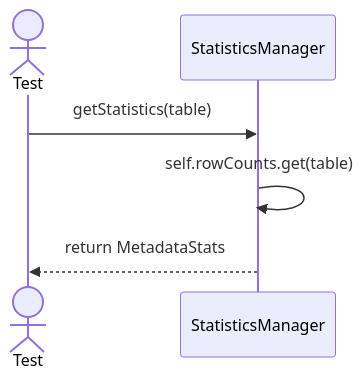
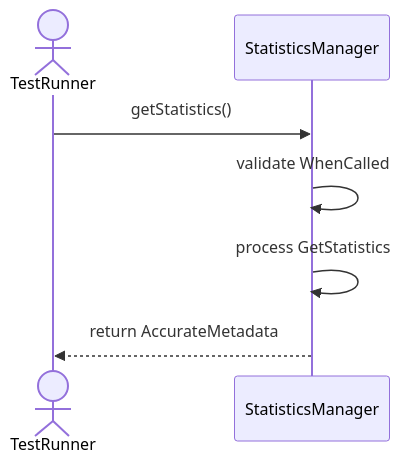
The second of 5 diagrams in Sequences/QueryProcessor/StatisticsManager.md (TamBui1706/DBMS), drawn with Mermaid before and after one commit. The commit also changed other lines of this file and 63 other files, not shown here.

Commit message:
Draw sequence diagram for unit tests

````diff
--- a/Sequences/QueryProcessor/StatisticsManager.md
+++ b/Sequences/QueryProcessor/StatisticsManager.md
@@ -31,9 +33,9 @@
 ```mermaid
 sequenceDiagram
-    actor Test
+    actor TestRunner
     participant StatisticsManager
-
-    Test->>StatisticsManager: getStatistics(table)
-    StatisticsManager->>StatisticsManager: self.rowCounts.get(table)
-    StatisticsManager-->>Test: return MetadataStats
+    TestRunner->>StatisticsManager: getStatistics()
+    StatisticsManager->>StatisticsManager: validate WhenCalled
+    StatisticsManager->>StatisticsManager: process GetStatistics
+    StatisticsManager-->>TestRunner: return AccurateMetadata
 ```
````
